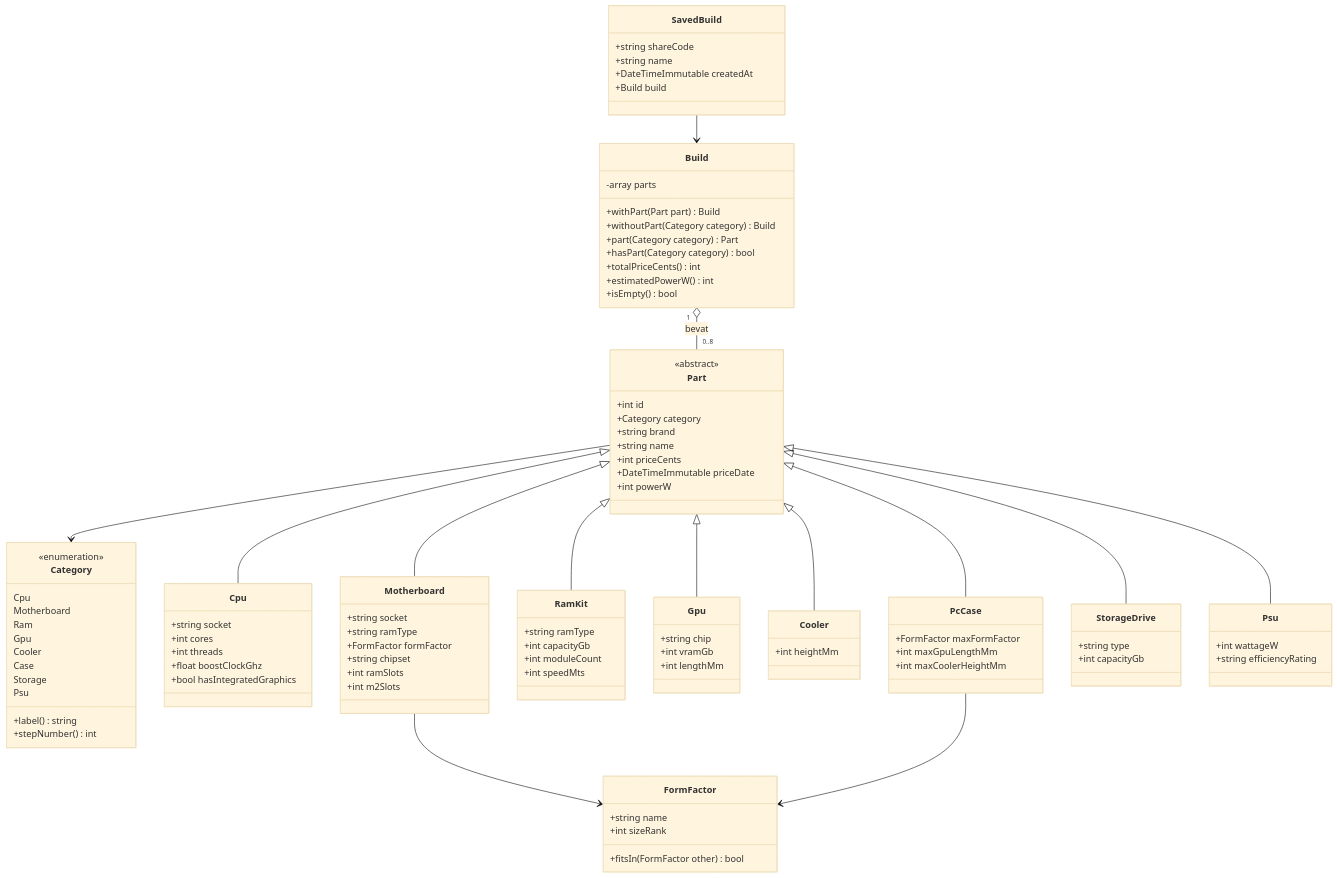
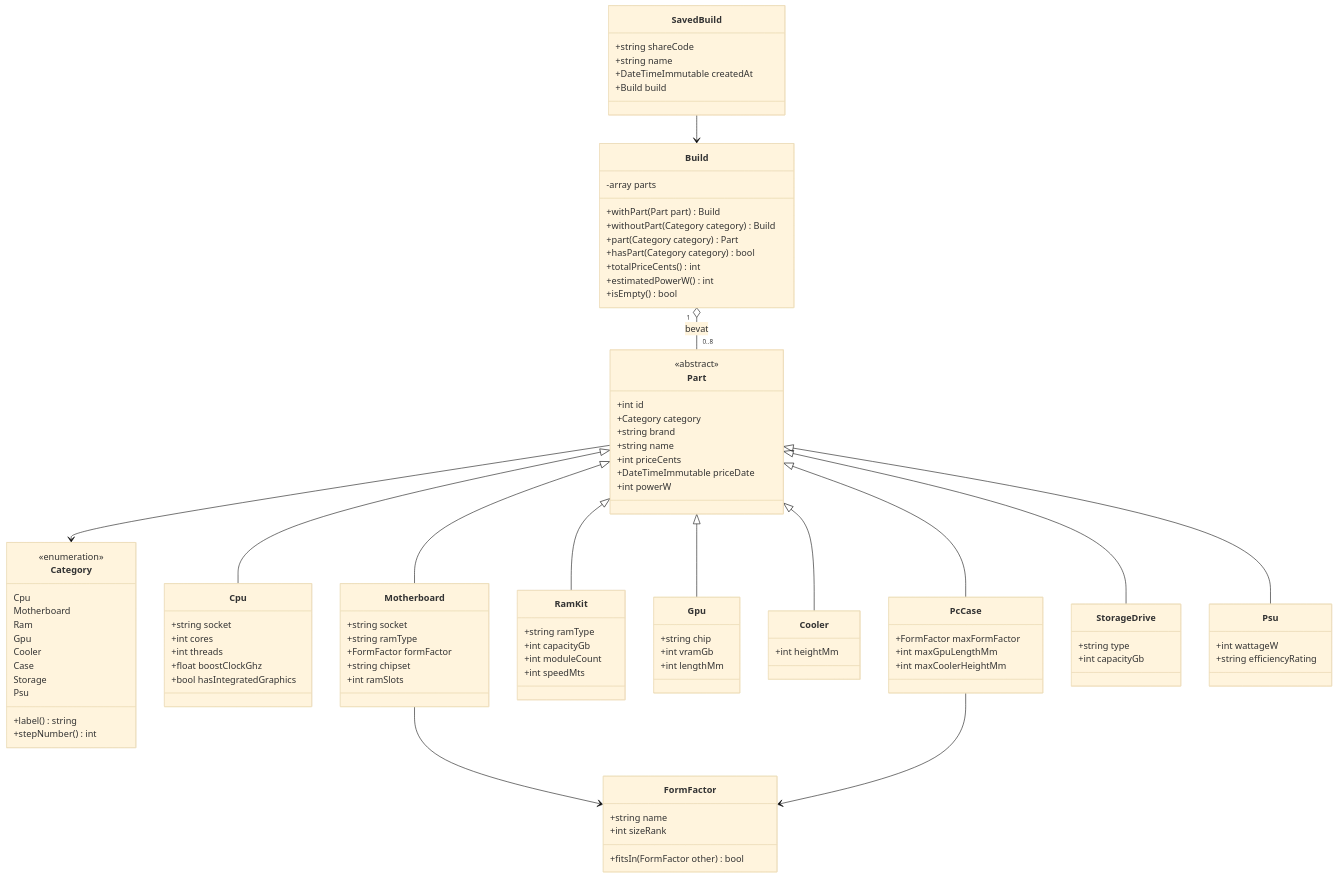
The fourth of 8 diagrams in docs/ontwerp.md (Niels023/pc-bouwplanner), drawn with Mermaid (base theme) before and after one commit. The commit also changed other lines of this file and 2 other files, not shown here.

```diff
--- a/docs/ontwerp.md
+++ b/docs/ontwerp.md
@@ -241,7 +242,6 @@
         +FormFactor formFactor
         +string chipset
         +int ramSlots
-        +int m2Slots
     }
     class RamKit {
         +string ramType
```
